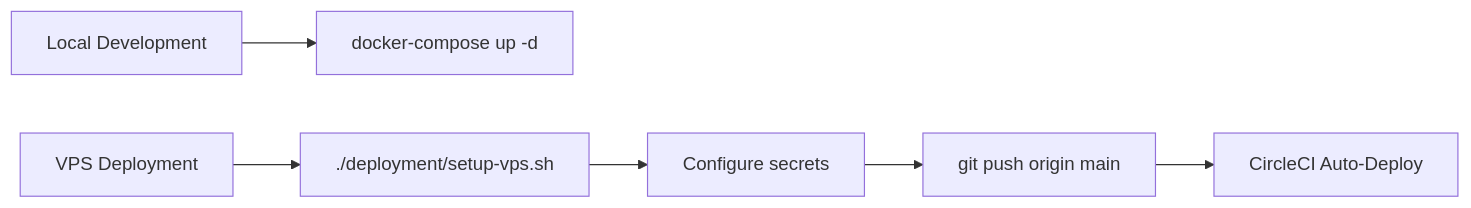
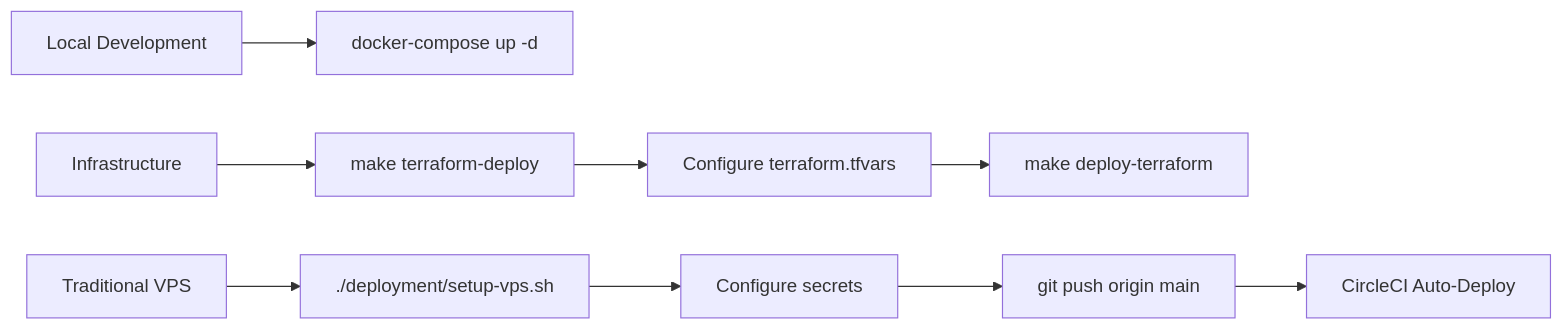
Before and after one commit to solid-computing/AI-Trading: the second of 8 diagrams in readme.md, drawn with Mermaid. The commit also changed other lines of this file and 13 other files, not shown here.

Commit message:
Add Terraform infrastructure support for OVH Cloud deployment

````diff
--- a/readme.md
+++ b/readme.md
@@ -37,8 +39,12 @@
 ```mermaid
 graph LR
     A[Local Development] --> B[docker-compose up -d]
-    C[VPS Deployment] --> D[./deployment/setup-vps.sh]
-    D --> E[Configure secrets]
-    E --> F[git push origin main]
-    F --> G[CircleCI Auto-Deploy]
+    C[Infrastructure] --> D[make terraform-deploy]
+    D --> E[Configure terraform.tfvars]
+    E --> F[make deploy-terraform]
+    
+    G[Traditional VPS] --> H[./deployment/setup-vps.sh]
+    H --> I[Configure secrets]
+    I --> J[git push origin main]
+    J --> K[CircleCI Auto-Deploy]
 ```
````
